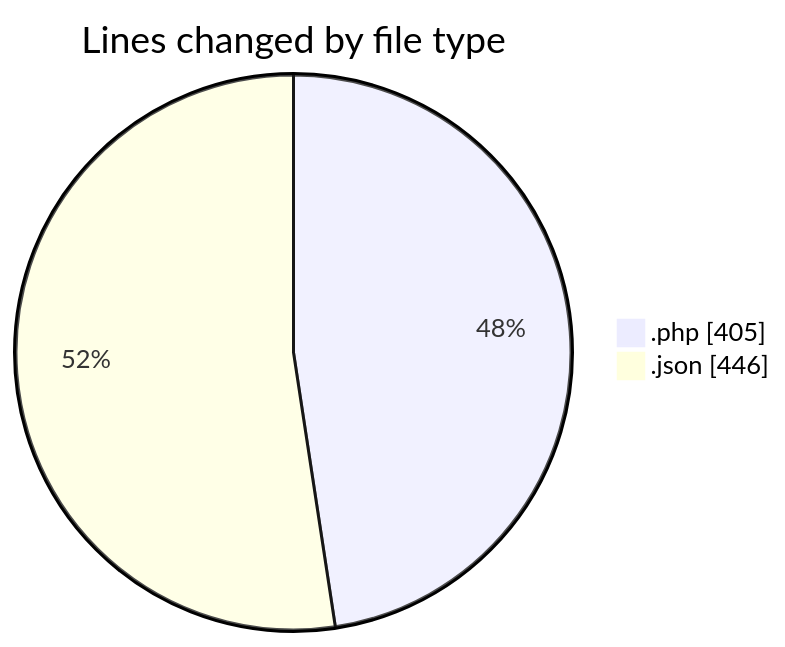
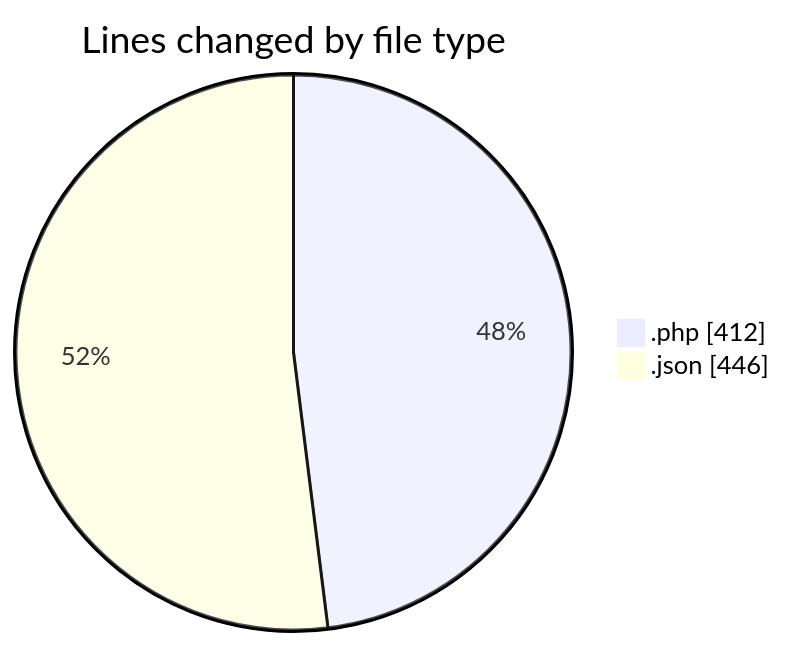
The first of 2 diagrams in 2025-03-27/autodidak/README.md (idhammustaqopulfikri/code-tracking), drawn with Mermaid before and after one commit. The commit also changed other lines of this file and 1 other file, not shown here.

````diff
--- a/2025-03-27/autodidak/README.md
+++ b/2025-03-27/autodidak/README.md
@@ -27,6 +27,6 @@
 ```mermaid
 pie showData
 title Lines changed by file type
-".php" : 405
+".php" : 412
 ".json" : 446
 ```
````
